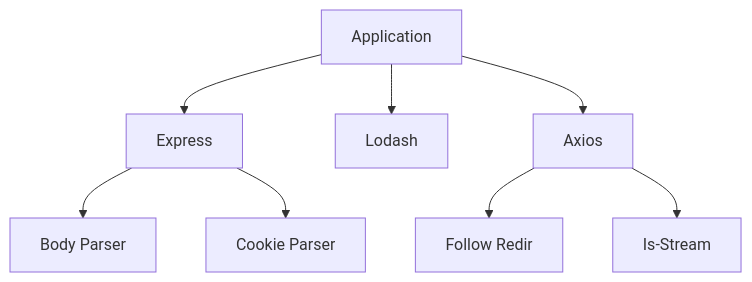
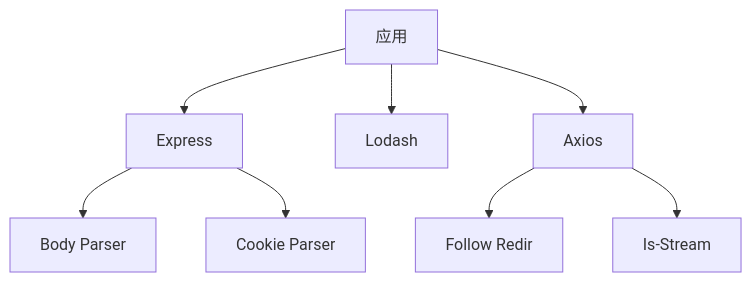
One commit to Kirky-X/diting changed the fourth of 4 diagrams in references/architecture/dependency-analysis.md. Above: the diagram before and after it, drawn with Mermaid. The commit also changed other lines of this file and 74 other files, not shown here.

````diff
--- a/references/architecture/dependency-analysis.md
+++ b/references/architecture/dependency-analysis.md
@@ -197,11 +197,11 @@
 ```mermaid
 flowchart TD
-    App["Application"]
+    App["应用"]
     App --> Express["Express"]
     App --> Lodash["Lodash"]
     App --> Axios["Axios"]
     Express --> Body["Body Parser"]
     Express --> Cookie["Cookie Parser"]
     Axios --> Follow["Follow Redir"]
     Axios --> IsStream["Is-Stream"]
 ```
````
